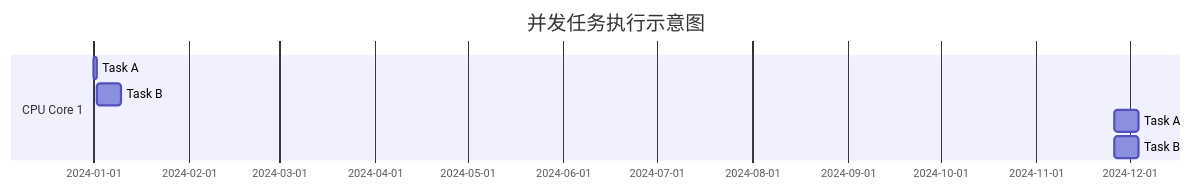
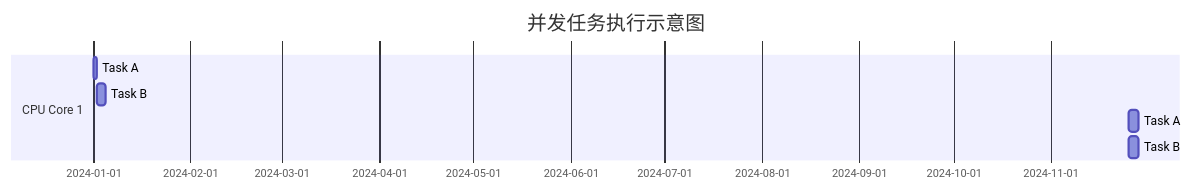
Before and after one commit to uwspstar/20-Day-Challenge-List: the first of 3 diagrams in System Design/并发 vs 并行.md, drawn with Mermaid.

Commit message:
Update 并发 vs 并行.md

````diff
--- a/System Design/并发 vs 并行.md
+++ b/System Design/并发 vs 并行.md
@@ -40,11 +40,11 @@
 ```mermaid
 gantt
     title 并发任务执行示意图
     dateFormat  YYYY-MM-DD
     section CPU Core 1
     Task A           :a1, 2024-01-01, 1d
-    Task B           :after a1, 8d
-    Task A           :after a2, 8d
-    Task B           :after a3, 8d
+    Task B           :after a1, 3d
+    Task A           :after a2, 3d
+    Task B           :after a3, 3d
 
 ```
````
